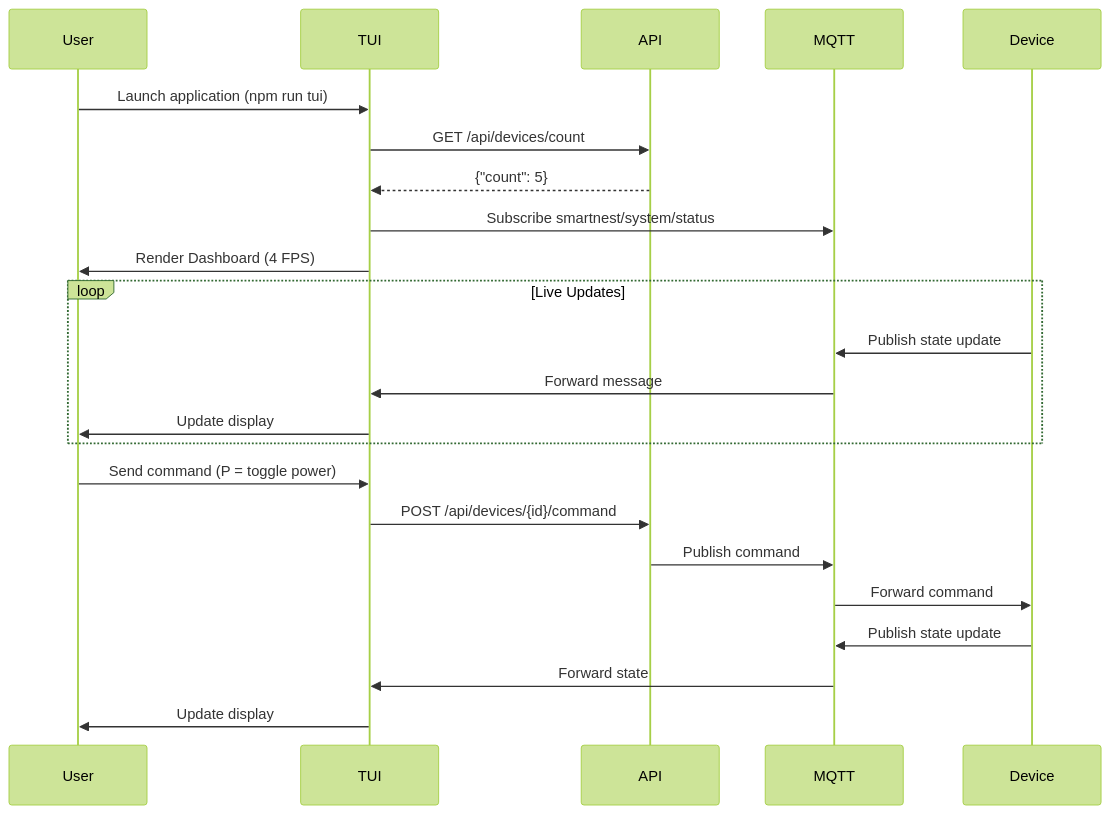
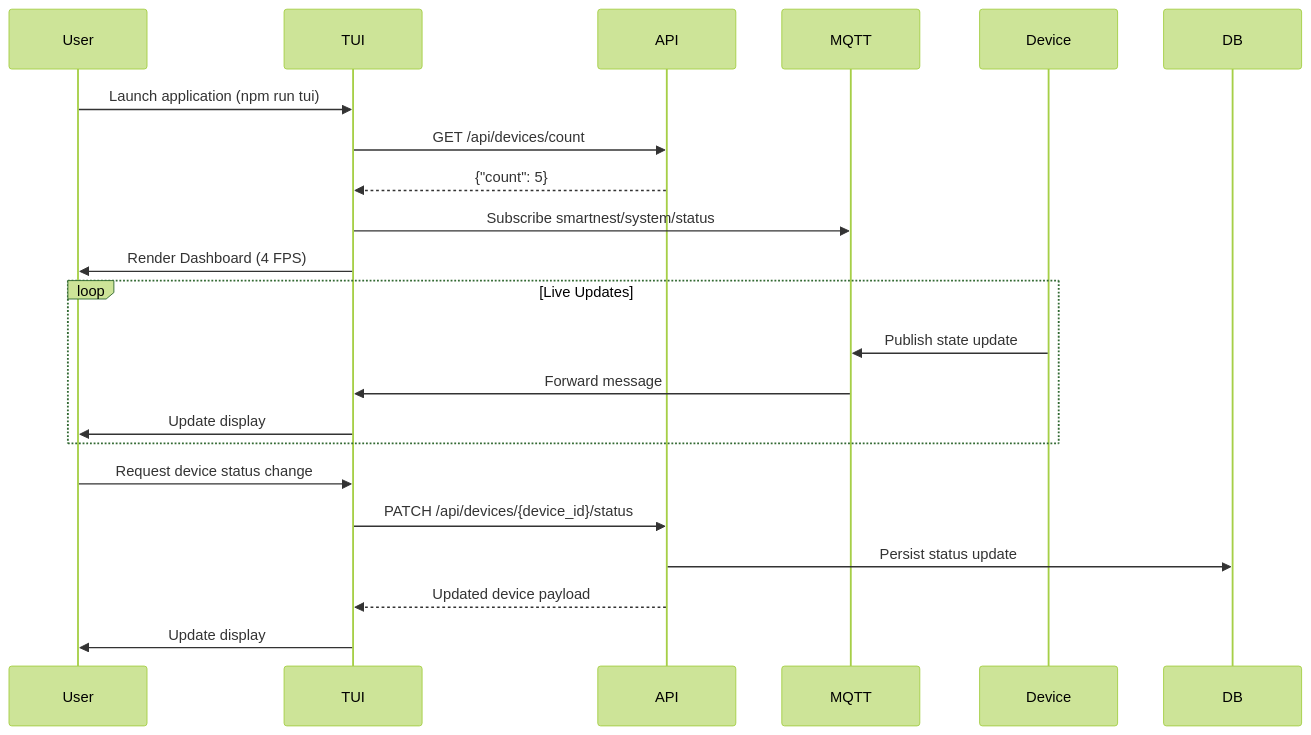
The second of 10 diagrams in docs/architecture.md (KrystianSpiewak/SmartNest), drawn with Mermaid (forest theme) before and after one commit. The commit also changed other lines of this file and 12 other files, not shown here.

````diff
--- a/docs/architecture.md
+++ b/docs/architecture.md
@@ -81,28 +81,26 @@
 ```mermaid
 sequenceDiagram
     participant User
     participant TUI
     participant API
     participant MQTT
     participant Device
 
     User->>TUI: Launch application (npm run tui)
     TUI->>API: GET /api/devices/count
     API-->>TUI: {"count": 5}
     TUI->>MQTT: Subscribe smartnest/system/status
     TUI->>User: Render Dashboard (4 FPS)
     
     loop Live Updates
         Device->>MQTT: Publish state update
         MQTT->>TUI: Forward message
         TUI->>User: Update display
     end
     
-    User->>TUI: Send command (P = toggle power)
-    TUI->>API: POST /api/devices/{id}/command
-    API->>MQTT: Publish command
-    MQTT->>Device: Forward command
-    Device->>MQTT: Publish state update
-    MQTT->>TUI: Forward state
+    User->>TUI: Request device status change
+    TUI->>API: PATCH /api/devices/{device_id}/status
+    API->>DB: Persist status update
+    API-->>TUI: Updated device payload
     TUI->>User: Update display
 ```
````
